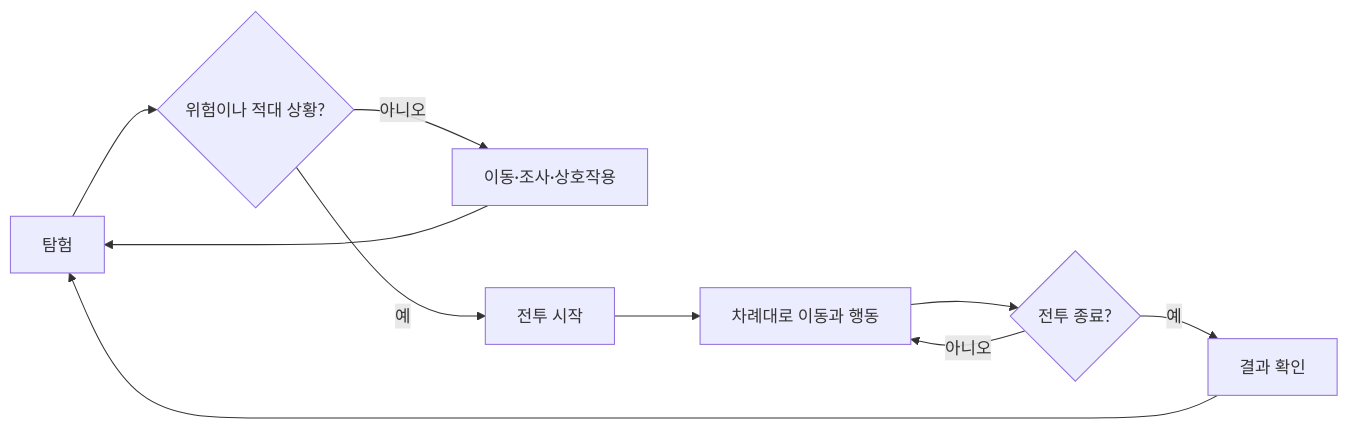
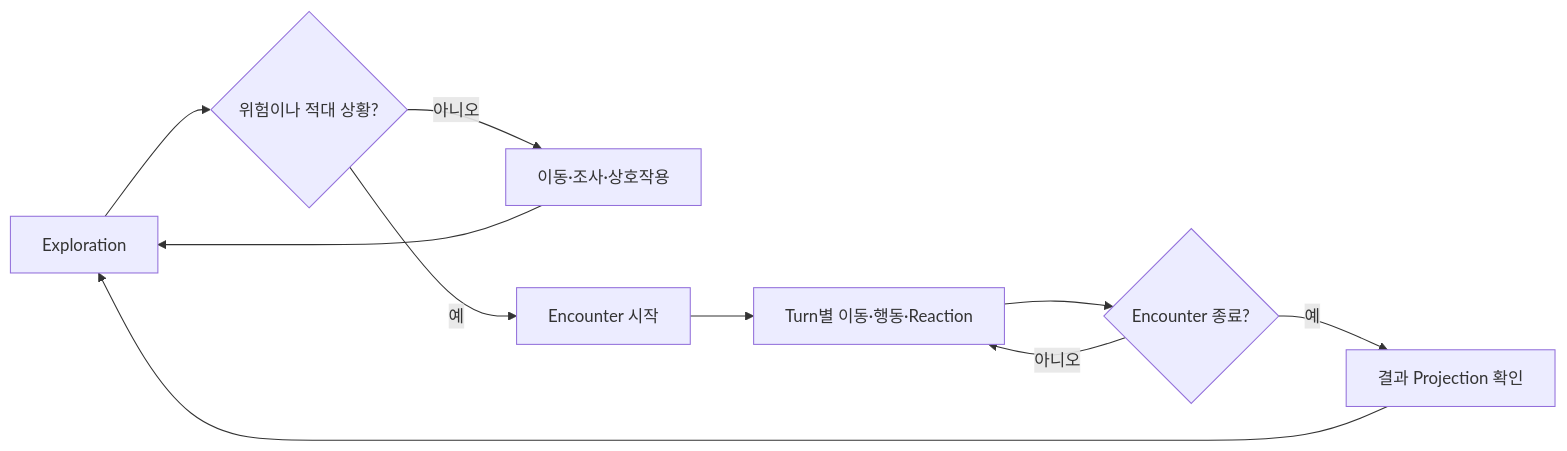
One commit to Kaetaeru/RVTT changed the fifth of 7 diagrams in docs/remake/user-guides/QUICK-FLOW.md. Above: the diagram before and after it, drawn with Mermaid. The commit also changed other lines of this file, not shown here.

Commit message:
docs: link session flow to HTML UI examples

````diff
--- a/docs/remake/user-guides/QUICK-FLOW.md
+++ b/docs/remake/user-guides/QUICK-FLOW.md
@@ -187,13 +214,12 @@
 ```mermaid
 flowchart LR
-    A[탐험] --> B{위험이나 적대 상황?}
+    A[Exploration] --> B{위험이나 적대 상황?}
     B -->|아니오| C[이동·조사·상호작용]
     C --> A
-
-    B -->|예| D[전투 시작]
-    D --> E[차례대로 이동과 행동]
-    E --> F{전투 종료?}
+    B -->|예| D[Encounter 시작]
+    D --> E[Turn별 이동·행동·Reaction]
+    E --> F{Encounter 종료?}
     F -->|아니오| E
-    F -->|예| G[결과 확인]
+    F -->|예| G[결과 Projection 확인]
     G --> A
 ```
````
